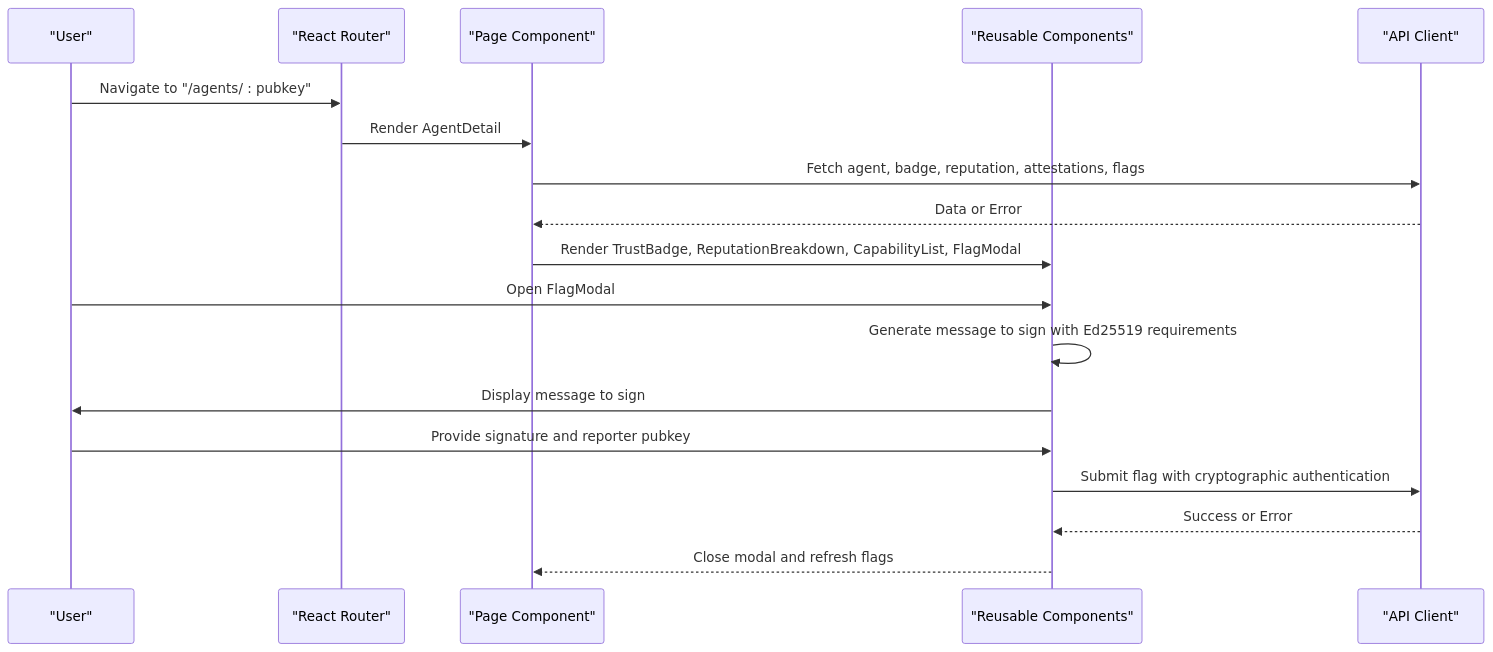
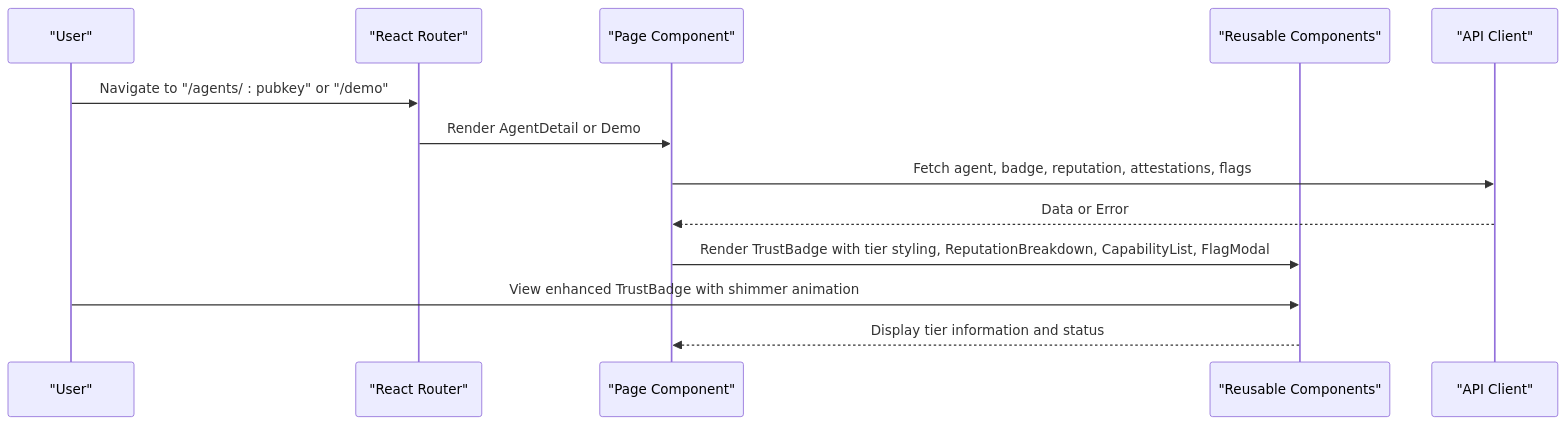
One commit to RunTimeAdmin/AgentID changed the second of 8 diagrams in .qoder/repowiki/en/content/Frontend Application/Frontend Application.md. Above: the diagram before and after it, drawn with Mermaid. The commit also changed other lines of this file and 9 other files, not shown here.

````diff
--- a/.qoder/repowiki/en/content/Frontend Application/Frontend Application.md
+++ b/.qoder/repowiki/en/content/Frontend Application/Frontend Application.md
@@ -139,20 +156,15 @@
 ```mermaid
 sequenceDiagram
 participant U as "User"
 participant R as "React Router"
 participant P as "Page Component"
 participant C as "Reusable Components"
 participant A as "API Client"
-U->>R : Navigate to "/agents/ : pubkey"
-R->>P : Render AgentDetail
+U->>R : Navigate to "/agents/ : pubkey" or "/demo"
+R->>P : Render AgentDetail or Demo
 P->>A : Fetch agent, badge, reputation, attestations, flags
 A-->>P : Data or Error
-P->>C : Render TrustBadge, ReputationBreakdown, CapabilityList, FlagModal
-U->>C : Open FlagModal
-C->>C : Generate message to sign with Ed25519 requirements
-C->>U : Display message to sign
-U->>C : Provide signature and reporter pubkey
-C->>A : Submit flag with cryptographic authentication
-A-->>C : Success or Error
-C-->>P : Close modal and refresh flags
+P->>C : Render TrustBadge with tier styling, ReputationBreakdown, CapabilityList, FlagModal
+U->>C : View enhanced TrustBadge with shimmer animation
+C-->>P : Display tier information and status
 ```
````
